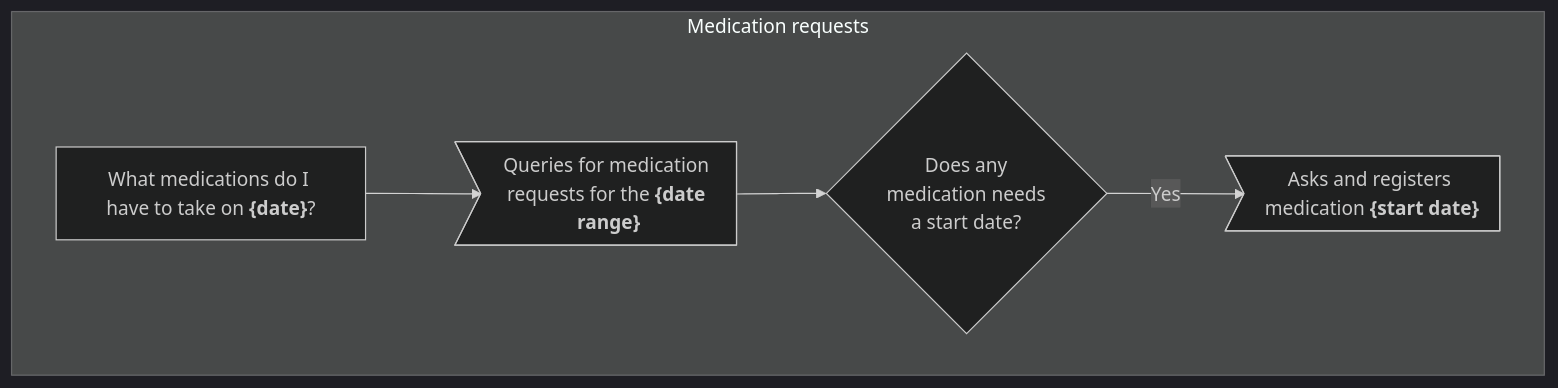
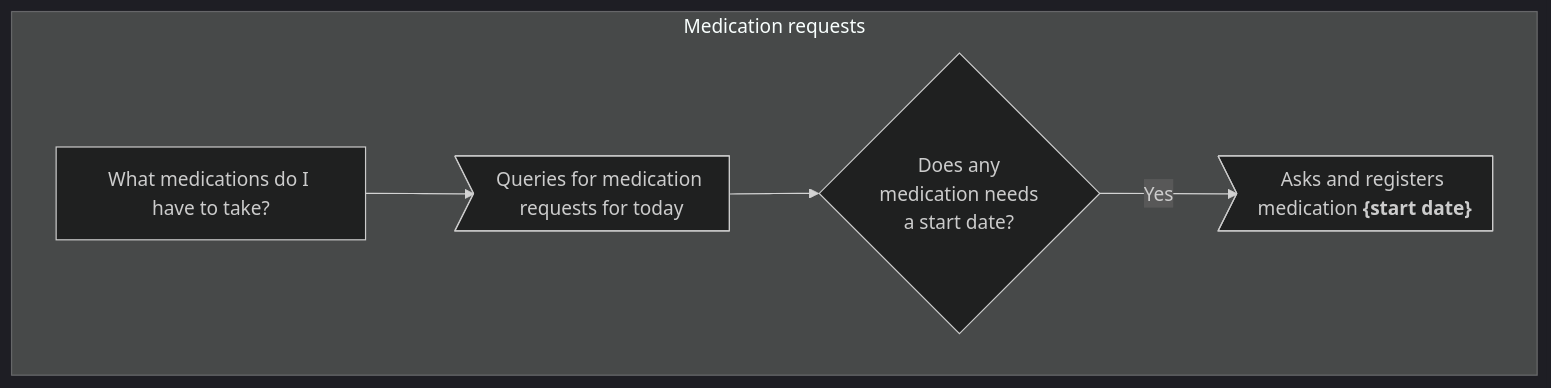
One commit to adonozo/diabetes-assistant-skill changed the second of 5 diagrams in alexa-model.md. Above: the diagram before and after it, drawn with Mermaid (dark theme). The commit also changed other lines of this file, not shown here.

````diff
--- a/alexa-model.md
+++ b/alexa-model.md
@@ -29,13 +18,13 @@
 ```mermaid
 graph TD
     subgraph "Medication requests"
-        R4["`What medications do I have to take on **{date}**?`"]
-        A4>"`Queries for medication requests for the **{date range}**`"]
+        R4["`What medications do I have to take?`"]
+        A4>"`Queries for medication requests for today`"]
         C3{Does any<br>medication needs<br>a start date?}
         A4B>"`Asks and registers medication **{start date}**`"]
 
         R4 --> A4
         A4 --> C3
         C3 -->|Yes| A4B
     end
 ```
````
